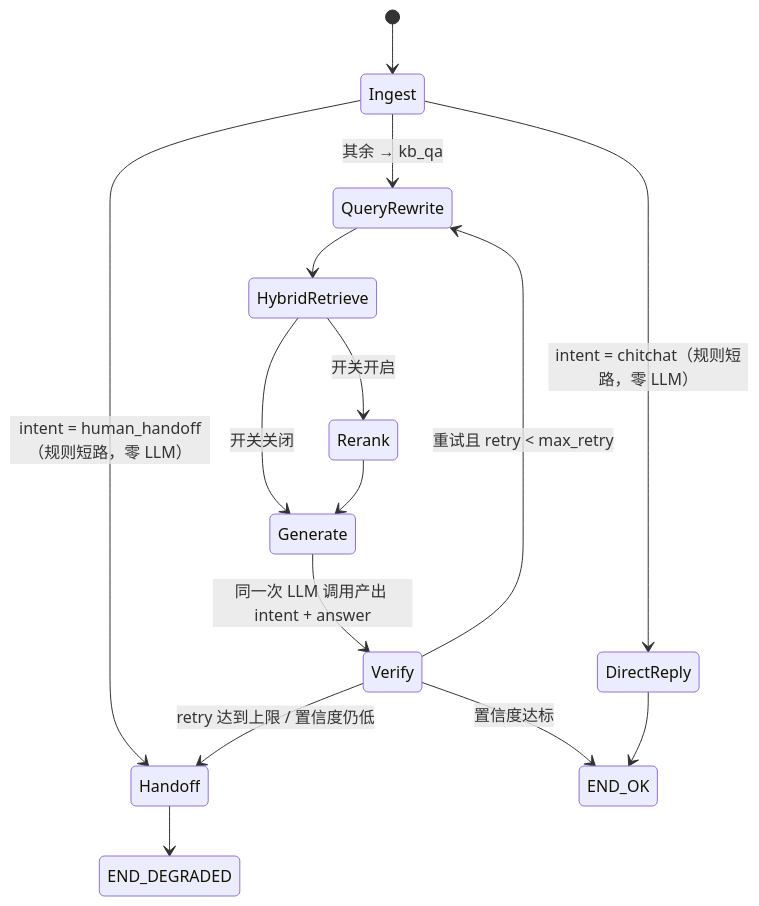
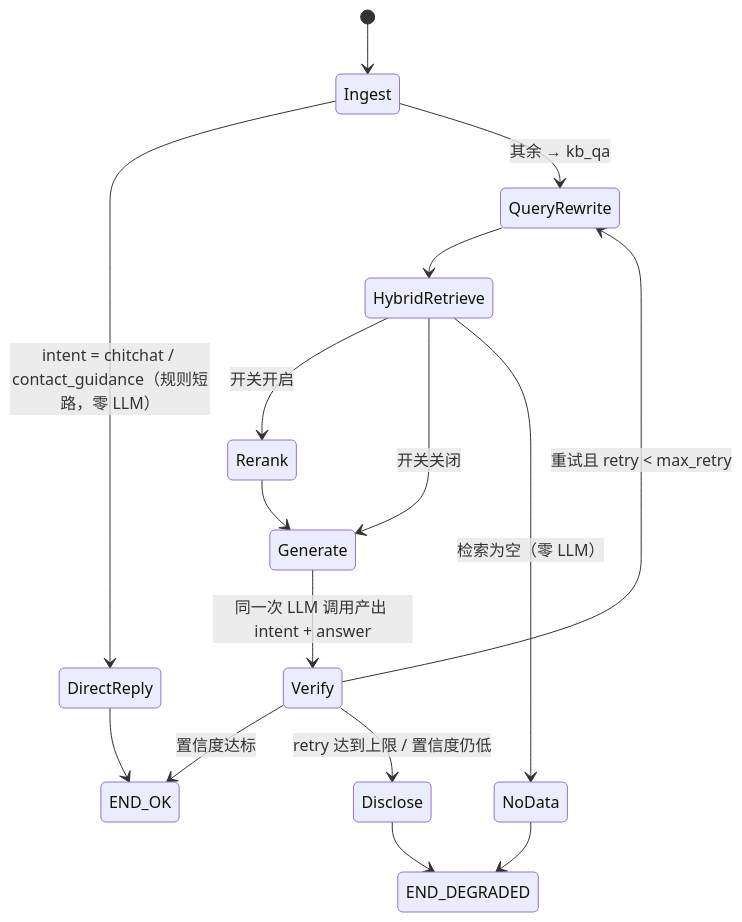
The third of 3 diagrams in docs/enterprise-qa-agent-requirements.md (heijin123/docagent2), drawn with Mermaid before and after one commit. The commit also changed other lines of this file and 37 other files, not shown here.

````diff
--- a/docs/enterprise-qa-agent-requirements.md
+++ b/docs/enterprise-qa-agent-requirements.md
@@ -399,17 +399,18 @@
 ```mermaid
 stateDiagram-v2
     [*] --> Ingest
-    Ingest --> DirectReply: intent = chitchat（规则短路，零 LLM）
-    Ingest --> Handoff: intent = human_handoff（规则短路，零 LLM）
+    Ingest --> DirectReply: intent = chitchat / contact_guidance（规则短路，零 LLM）
     Ingest --> QueryRewrite: 其余 → kb_qa
     QueryRewrite --> HybridRetrieve
     HybridRetrieve --> Rerank: 开关开启
     HybridRetrieve --> Generate: 开关关闭
     Rerank --> Generate
+    HybridRetrieve --> NoData: 检索为空（零 LLM）
     Generate --> Verify: 同一次 LLM 调用产出 intent + answer
     Verify --> END_OK: 置信度达标
     Verify --> QueryRewrite: 重试且 retry < max_retry
-    Verify --> Handoff: retry 达到上限 / 置信度仍低
+    Verify --> Disclose: retry 达到上限 / 置信度仍低
     DirectReply --> END_OK
-    Handoff --> END_DEGRADED
+    NoData --> END_DEGRADED
+    Disclose --> END_DEGRADED
 ```
````
